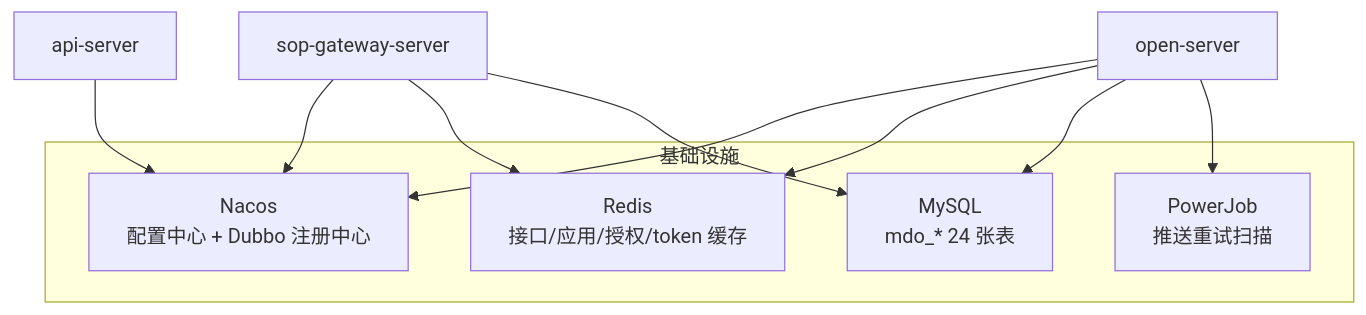
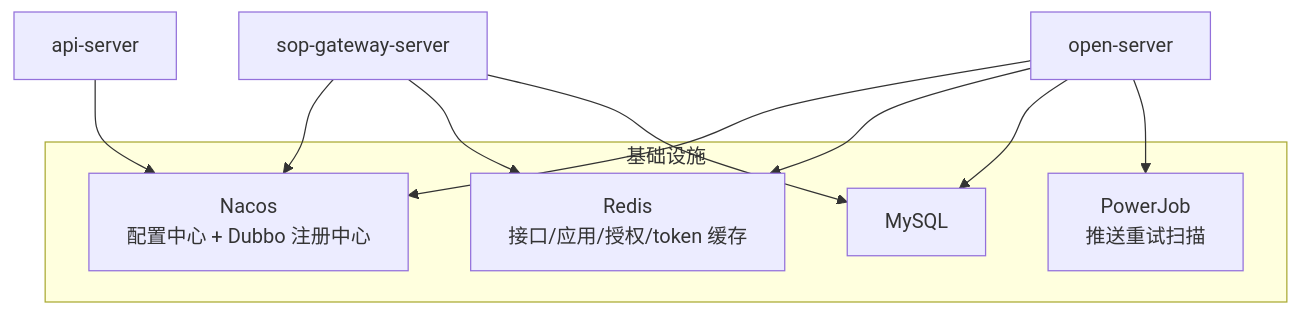
The fourth of 5 diagrams in src/doc/advanced/open/架构设计.md (henhen6/mdp-docs), drawn with Mermaid before and after one commit. The commit also changed other lines of this file and 15 other files, not shown here.

````diff
--- a/src/doc/advanced/open/架构设计.md
+++ b/src/doc/advanced/open/架构设计.md
@@ -72,17 +74,17 @@
 ```mermaid
 flowchart TB
     subgraph 基础设施
         NACOS["Nacos<br/>配置中心 + Dubbo 注册中心"]
         REDIS["Redis<br/>接口/应用/授权/token 缓存"]
-        DB["MySQL<br/>mdo_* 24 张表"]
+        DB["MySQL"]
         PJ["PowerJob<br/>推送重试扫描"]
     end
 
     GW["sop-gateway-server"]
     API["api-server"]
     OPEN["open-server"]
 
     GW --> NACOS & REDIS & DB
     API --> NACOS
     OPEN --> NACOS & REDIS & DB & PJ
 ```
````
